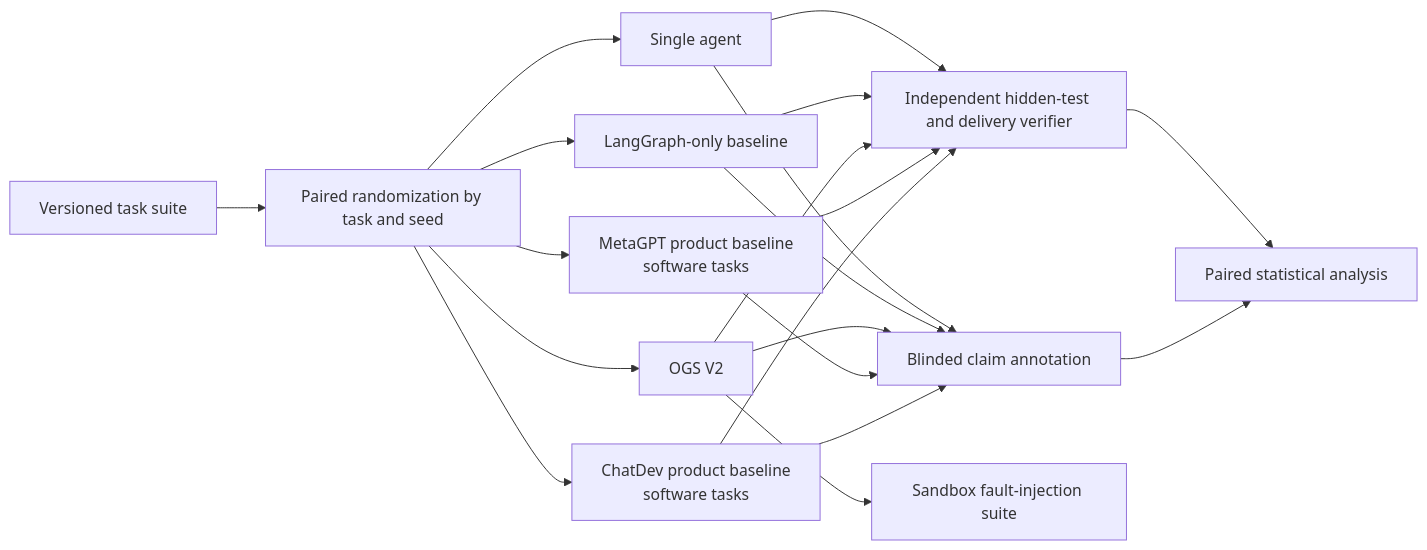
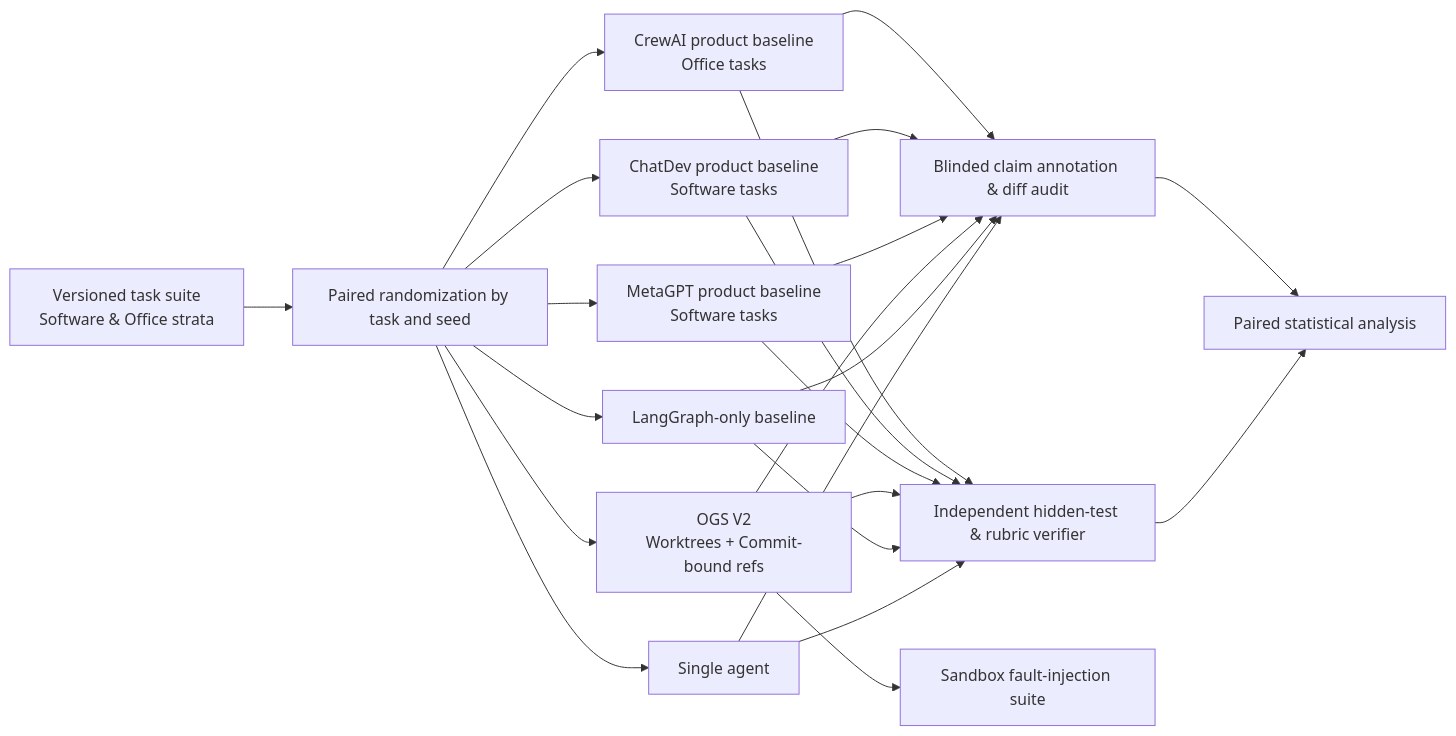
Before and after one commit to Fredericzhou/ogsystem: the diagram in docs/paper/experimental-validation-plan-bilingual.md, drawn with Mermaid. The commit also changed other lines of this file and 4 other files, not shown here.

````diff
--- a/docs/paper/experimental-validation-plan-bilingual.md
+++ b/docs/paper/experimental-validation-plan-bilingual.md
@@ -67,22 +89,25 @@
 ```mermaid
 flowchart LR
-  T[Versioned task suite] --> R[Paired randomization by task and seed]
+  T[Versioned task suite<br/>Software & Office strata] --> R[Paired randomization by task and seed]
   R --> A[Single agent]
   R --> B[LangGraph-only baseline]
-  R --> C[OGS V2]
-  R --> D[MetaGPT product baseline<br/>software tasks]
-  R --> E[ChatDev product baseline<br/>software tasks]
-  A --> V[Independent hidden-test and delivery verifier]
+  R --> C[OGS V2<br/>Worktrees + Commit-bound refs]
+  R --> D[MetaGPT product baseline<br/>Software tasks]
+  R --> E[ChatDev product baseline<br/>Software tasks]
+  R --> F[CrewAI product baseline<br/>Office tasks]
+  A --> V[Independent hidden-test & rubric verifier]
   B --> V
   C --> V
-  A --> H[Blinded claim annotation]
+  D --> V
+  E --> V
+  F --> V
+  A --> H[Blinded claim annotation & diff audit]
   B --> H
   C --> H
-  D --> V
-  E --> V
   D --> H
   E --> H
+  F --> H
   V --> S[Paired statistical analysis]
   H --> S
-  C --> F[Sandbox fault-injection suite]
+  C --> X[Sandbox fault-injection suite]
 ```
````
